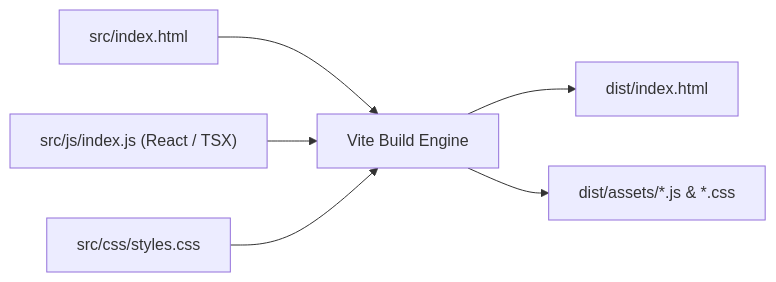
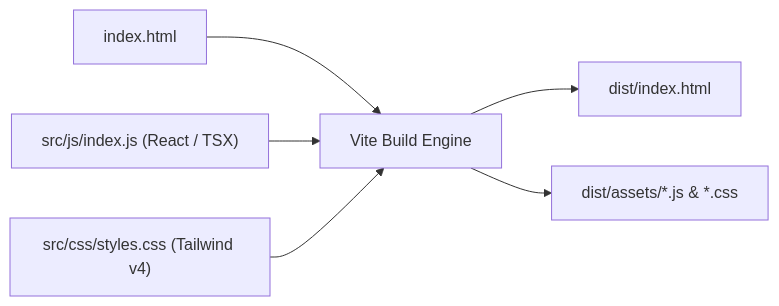
The second of 2 diagrams in docs/architecture.md (juftin/crossleague), drawn with Mermaid before and after one commit. The commit also changed other lines of this file and 21 other files, not shown here.

Commit message:
✨ (build): compile Tailwind v4 AOT, bundle chart.js via npm, and move index.html to root

````diff
--- a/docs/architecture.md
+++ b/docs/architecture.md
@@ -164,8 +164,8 @@
 ```mermaid
 flowchart LR
-    srcHTML["src/index.html"] --> Vite["Vite Build Engine"]
+    srcHTML["index.html"] --> Vite["Vite Build Engine"]
     srcJS["src/js/index.js (React / TSX)"] --> Vite
-    srcCSS["src/css/styles.css"] --> Vite
+    srcCSS["src/css/styles.css (Tailwind v4)"] --> Vite
     Vite --> distHTML["dist/index.html"]
     Vite --> distAssets["dist/assets/*.js & *.css"]
 ```
````
